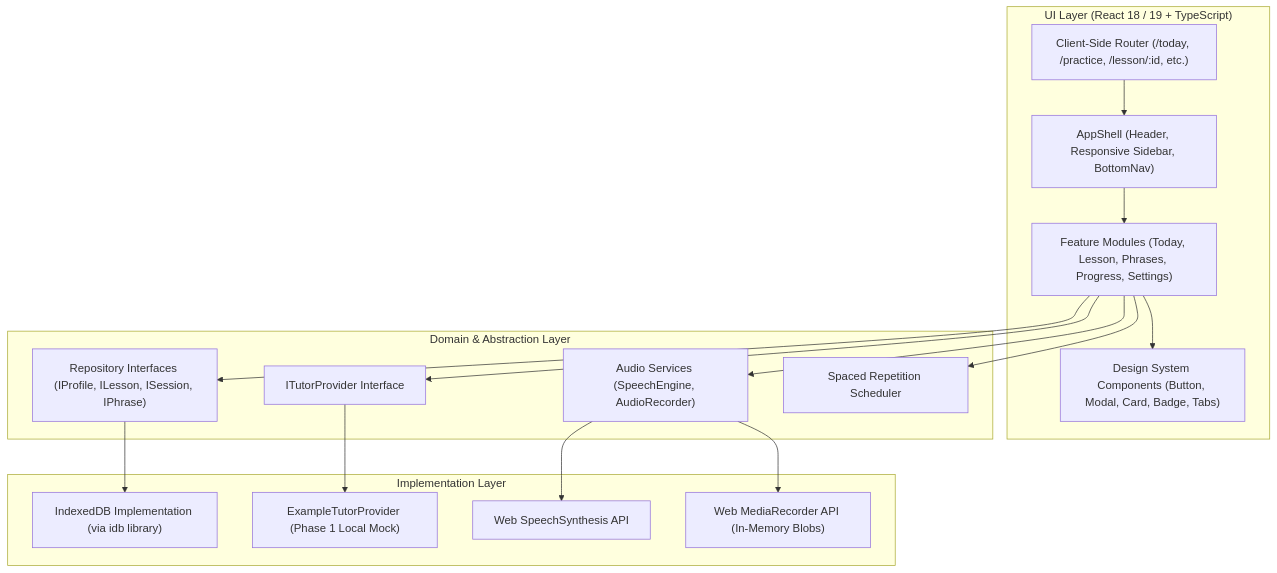
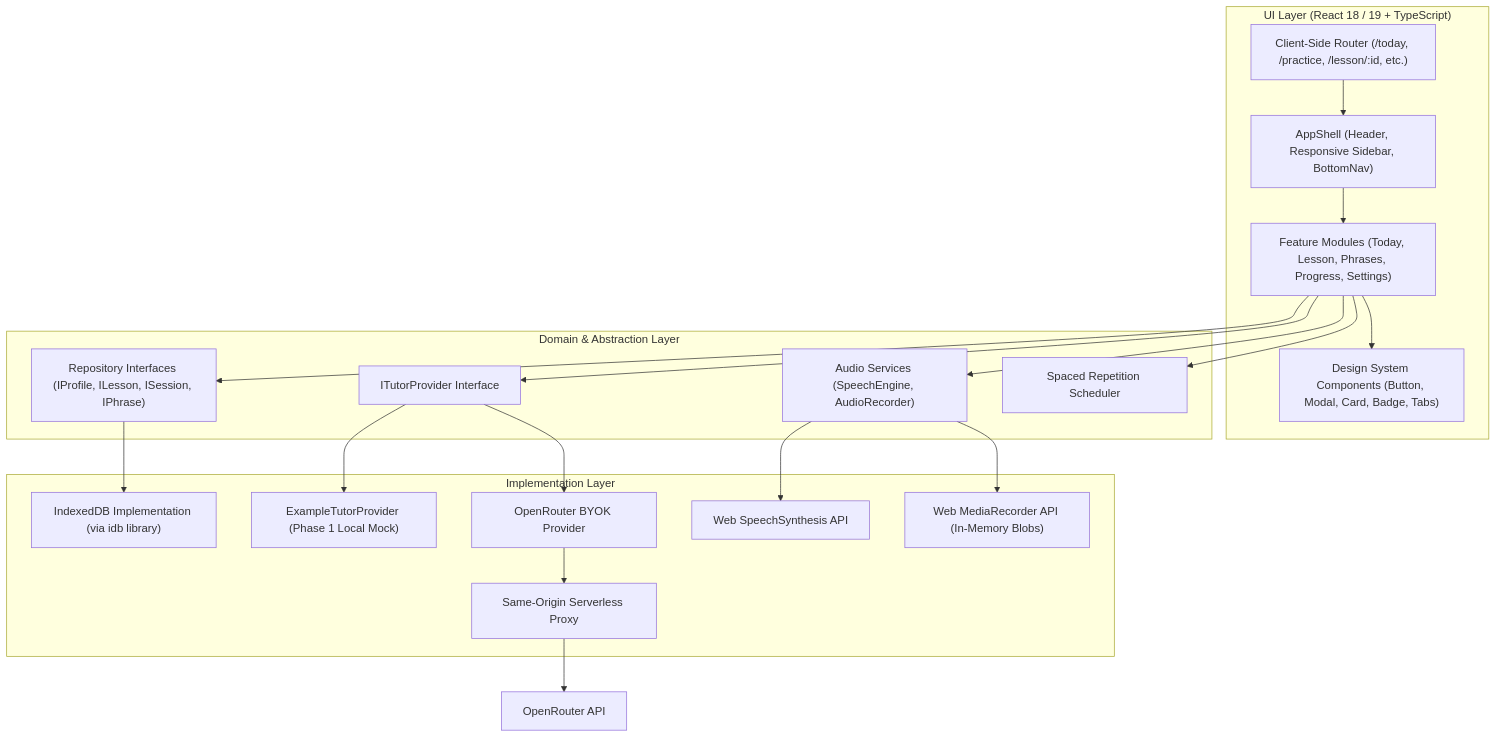
One commit to Sonthep/daily-english changed the diagram in docs/ARCHITECTURE.md. Above: the diagram before and after it, drawn with Mermaid. The commit also changed other lines of this file and 27 other files, not shown here.

````diff
--- a/docs/ARCHITECTURE.md
+++ b/docs/ARCHITECTURE.md
@@ -7,36 +7,41 @@
 ```mermaid
 graph TD
     subgraph UI_Layer ["UI Layer (React 18 / 19 + TypeScript)"]
         Router["Client-Side Router (/today, /practice, /lesson/:id, etc.)"]
         Shell["AppShell (Header, Responsive Sidebar, BottomNav)"]
         Features["Feature Modules (Today, Lesson, Phrases, Progress, Settings)"]
         UI_Components["Design System Components (Button, Modal, Card, Badge, Tabs)"]
     end
 
     subgraph Domain_Abstraction ["Domain & Abstraction Layer"]
         Repo_Interfaces["Repository Interfaces (IProfile, ILesson, ISession, IPhrase)"]
         Tutor_Interface["ITutorProvider Interface"]
         Audio_Services["Audio Services (SpeechEngine, AudioRecorder)"]
         Review_Engine["Spaced Repetition Scheduler"]
     end
 
     subgraph Implementation_Layer ["Implementation Layer"]
         IDB_Impl["IndexedDB Implementation (via idb library)"]
         Example_Tutor["ExampleTutorProvider (Phase 1 Local Mock)"]
+        OpenRouter_Tutor["OpenRouter BYOK Provider"]
+        AI_Proxy["Same-Origin Serverless Proxy"]
         Web_Speech["Web SpeechSynthesis API"]
         Media_Recorder["Web MediaRecorder API (In-Memory Blobs)"]
     end
 
     Router --> Shell
     Shell --> Features
     Features --> UI_Components
     Features --> Repo_Interfaces
     Features --> Tutor_Interface
     Features --> Audio_Services
     Features --> Review_Engine
 
     Repo_Interfaces --> IDB_Impl
     Tutor_Interface --> Example_Tutor
+    Tutor_Interface --> OpenRouter_Tutor
+    OpenRouter_Tutor --> AI_Proxy
+    AI_Proxy --> OpenRouter["OpenRouter API"]
     Audio_Services --> Web_Speech
     Audio_Services --> Media_Recorder
 ```
````
